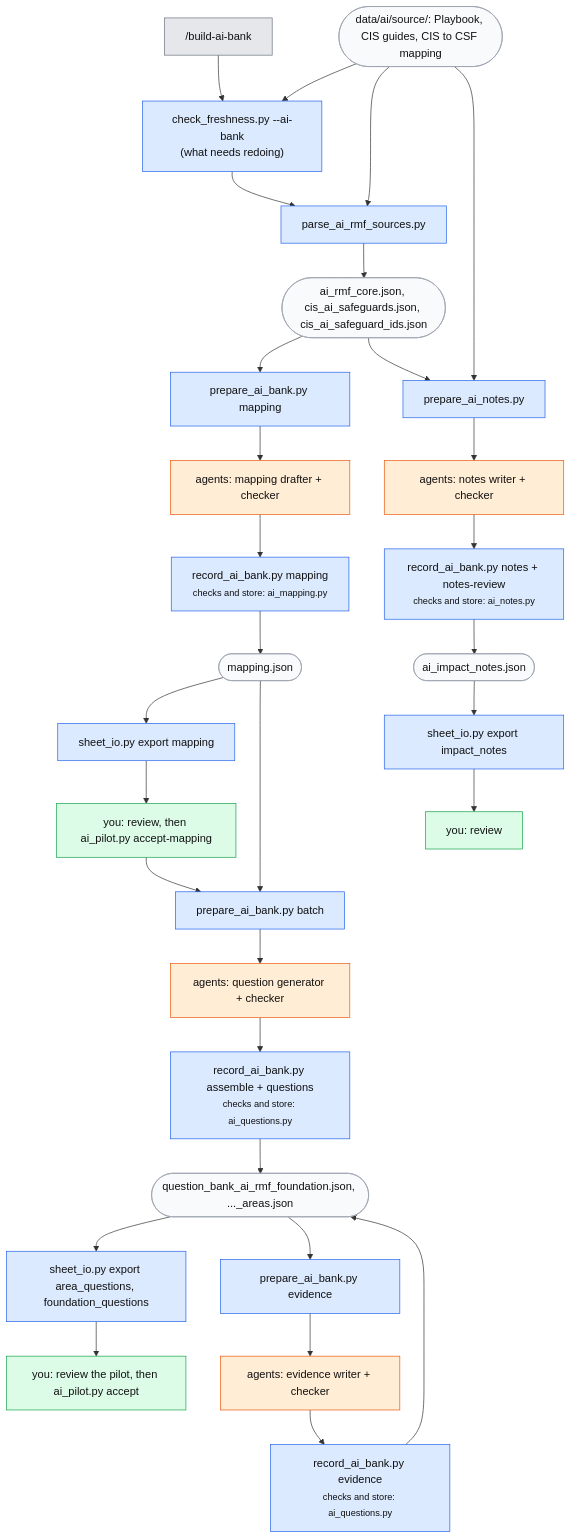
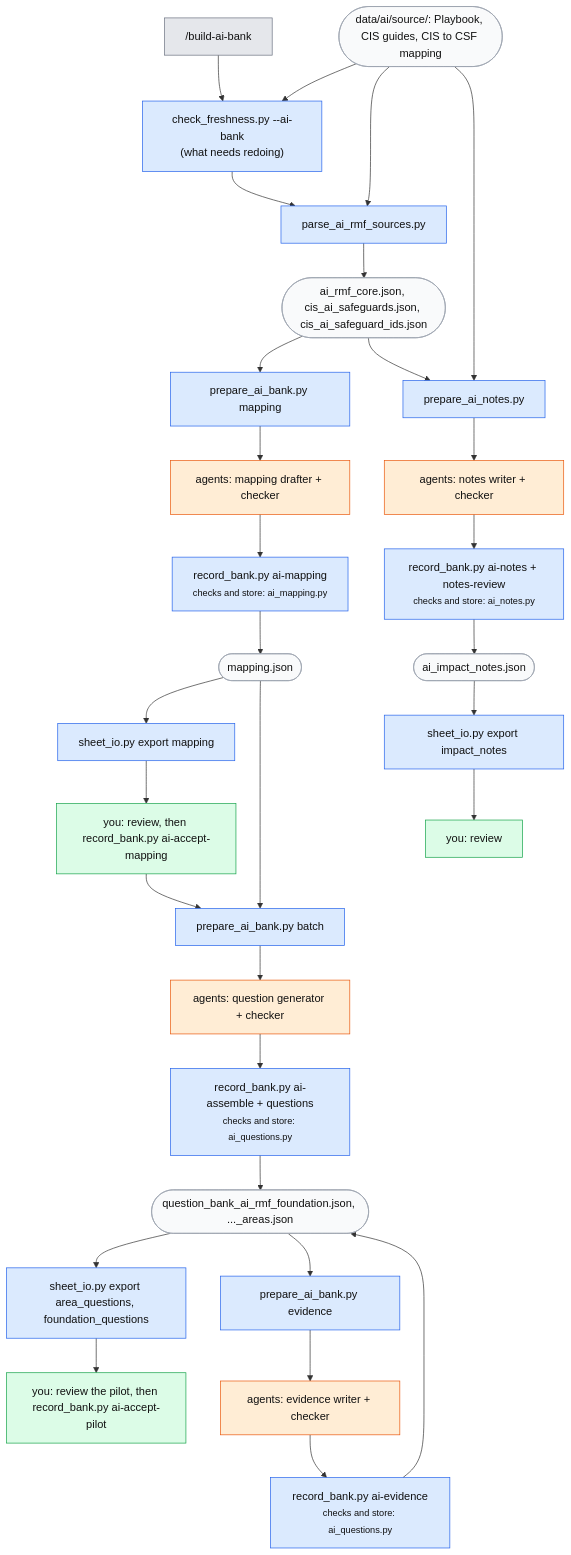
One commit to srilekha82/csf-ai-self-assessment changed the third of 3 diagrams in docs/guide.md. Above: the diagram before and after it, drawn with Mermaid. The commit also changed other lines of this file and 26 other files, not shown here.

First line of the commit message:
One recorder for both bank builds: record_bank.py

````diff
--- a/docs/guide.md
+++ b/docs/guide.md
@@ -172,27 +172,27 @@
 ```mermaid
 flowchart TD
     B["/build-ai-bank"]:::cmd --> CF["check_freshness.py --ai-bank<br/>(what needs redoing)"]:::script
     SRC([data/ai/source/: Playbook, CIS guides, CIS to CSF mapping]):::file --> CF
     CF --> PS[parse_ai_rmf_sources.py]:::script
     SRC --> PS --> CORE([ai_rmf_core.json, cis_ai_safeguards.json, cis_ai_safeguard_ids.json]):::file
 
-    CORE --> PM["prepare_ai_bank.py mapping"]:::script --> AM["agents: mapping drafter + checker"]:::agent --> RM["record_ai_bank.py mapping<br/><small>checks and store: ai_mapping.py</small>"]:::script --> MAP([mapping.json]):::file
-    MAP --> SM["sheet_io.py export mapping"]:::script --> U1["you: review, then ai_pilot.py accept-mapping"]:::you
+    CORE --> PM["prepare_ai_bank.py mapping"]:::script --> AM["agents: mapping drafter + checker"]:::agent --> RM["record_bank.py ai-mapping<br/><small>checks and store: ai_mapping.py</small>"]:::script --> MAP([mapping.json]):::file
+    MAP --> SM["sheet_io.py export mapping"]:::script --> U1["you: review, then record_bank.py ai-accept-mapping"]:::you
 
     U1 --> PB["prepare_ai_bank.py batch"]:::script
-    MAP --> PB --> AQ["agents: question generator + checker"]:::agent --> RQ["record_ai_bank.py assemble + questions<br/><small>checks and store: ai_questions.py</small>"]:::script --> BANKS([question_bank_ai_rmf_foundation.json, ..._areas.json]):::file
-    BANKS --> SQ["sheet_io.py export area_questions, foundation_questions"]:::script --> U2["you: review the pilot, then ai_pilot.py accept"]:::you
+    MAP --> PB --> AQ["agents: question generator + checker"]:::agent --> RQ["record_bank.py ai-assemble + questions<br/><small>checks and store: ai_questions.py</small>"]:::script --> BANKS([question_bank_ai_rmf_foundation.json, ..._areas.json]):::file
+    BANKS --> SQ["sheet_io.py export area_questions, foundation_questions"]:::script --> U2["you: review the pilot, then record_bank.py ai-accept-pilot"]:::you
 
-    BANKS --> PE["prepare_ai_bank.py evidence"]:::script --> AE["agents: evidence writer + checker"]:::agent --> RE["record_ai_bank.py evidence<br/><small>checks and store: ai_questions.py</small>"]:::script --> BANKS
+    BANKS --> PE["prepare_ai_bank.py evidence"]:::script --> AE["agents: evidence writer + checker"]:::agent --> RE["record_bank.py ai-evidence<br/><small>checks and store: ai_questions.py</small>"]:::script --> BANKS
 
     SRC --> BI[prepare_ai_notes.py]:::script
-    CORE --> BI --> AN["agents: notes writer + checker"]:::agent --> RN["record_ai_bank.py notes + notes-review<br/><small>checks and store: ai_notes.py</small>"]:::script --> NOTES([ai_impact_notes.json]):::file
+    CORE --> BI --> AN["agents: notes writer + checker"]:::agent --> RN["record_bank.py ai-notes + notes-review<br/><small>checks and store: ai_notes.py</small>"]:::script --> NOTES([ai_impact_notes.json]):::file
     NOTES --> SN["sheet_io.py export impact_notes"]:::script --> U3["you: review"]:::you
 
     classDef cmd fill:#e5e7eb,stroke:#6b7280,color:#111
     classDef script fill:#dbeafe,stroke:#2563eb,color:#111
     classDef agent fill:#ffedd5,stroke:#ea580c,color:#111
     classDef you fill:#dcfce7,stroke:#16a34a,color:#111
     classDef file fill:#f9fafb,stroke:#9ca3af,color:#111
     classDef stop fill:#fee2e2,stroke:#dc2626,color:#111
 ```
````
